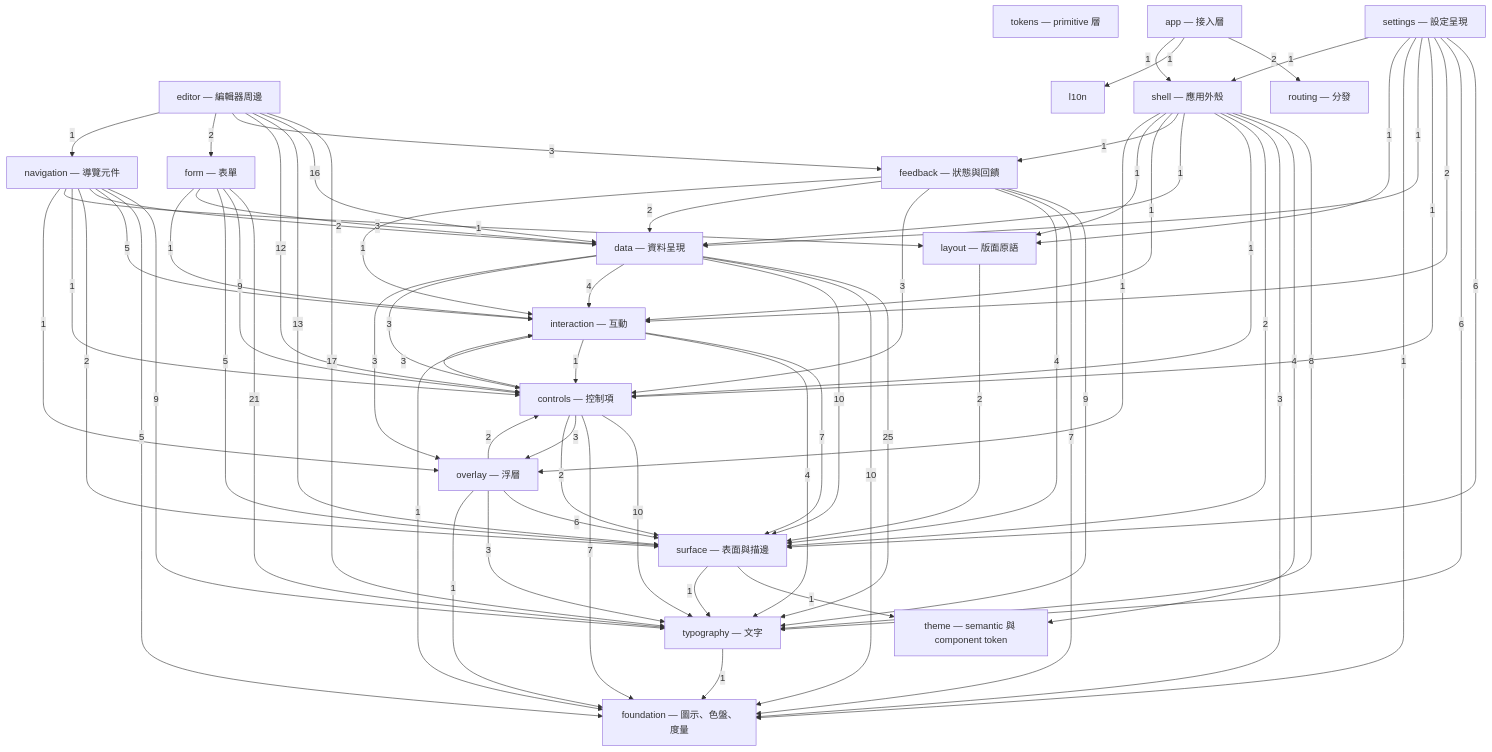
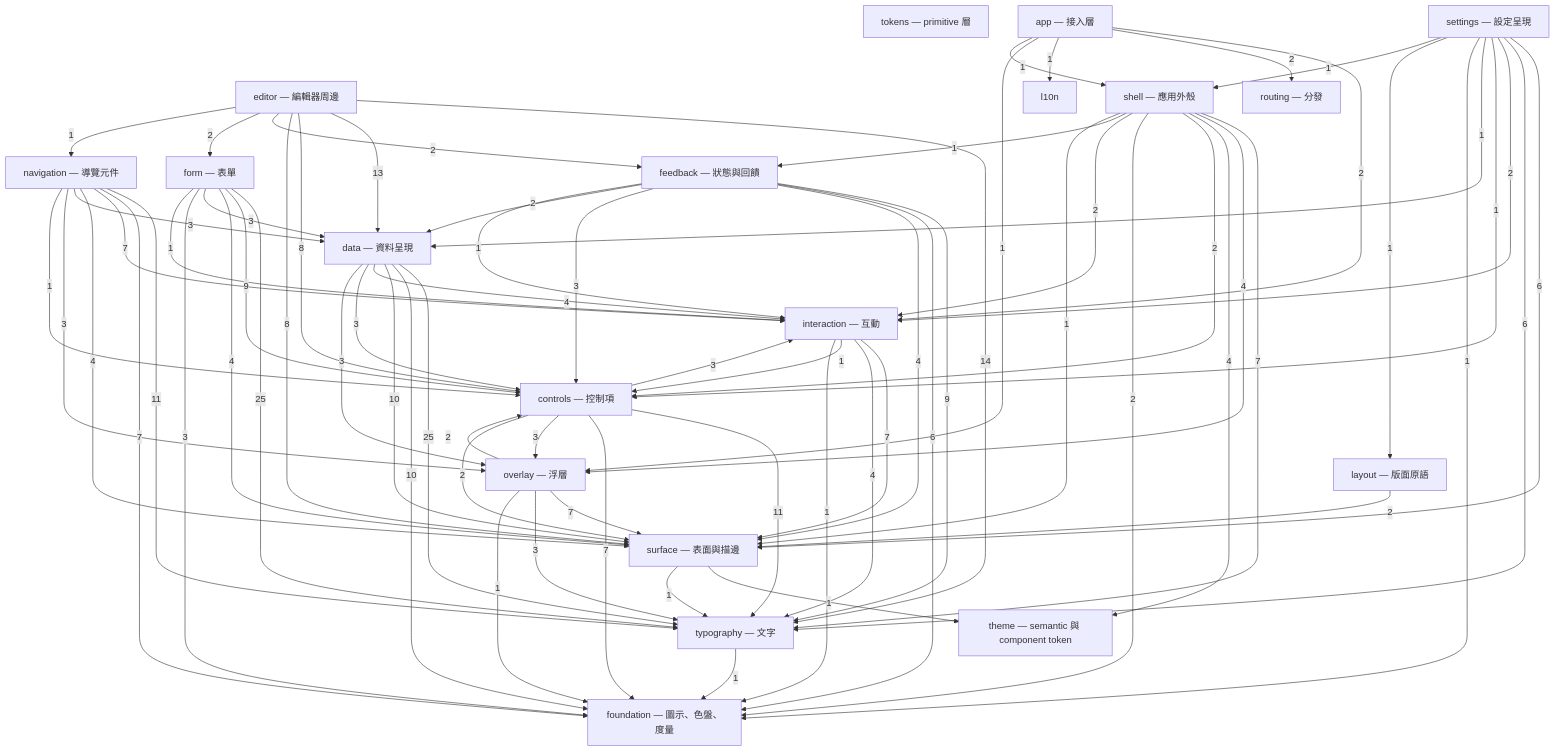
The first of 18 diagrams in spec/component-inventory.md (MiuDog/Kallopis), drawn with Mermaid before and after one commit. The commit also changed other lines of this file and 1105 other files, not shown here.

Commit message:
refactor: establish semantic design architecture

```diff
--- a/spec/component-inventory.md
+++ b/spec/component-inventory.md
@@ -36,51 +36,57 @@
   settings["settings — 設定呈現"]
   app["app — 接入層"]
   data -->|25| typography
-  form -->|21| typography
-  editor -->|17| typography
-  editor -->|16| data
-  editor -->|13| surface
-  editor -->|12| controls
-  controls -->|10| typography
+  form -->|25| typography
+  editor -->|14| typography
+  editor -->|13| data
+  controls -->|11| typography
+  navigation -->|11| typography
   data -->|10| foundation
   data -->|10| surface
   feedback -->|9| typography
   form -->|9| controls
-  navigation -->|9| typography
-  shell -->|8| typography
+  editor -->|8| controls
+  editor -->|8| surface
   controls -->|7| foundation
-  feedback -->|7| foundation
   interaction -->|7| surface
-  overlay -->|6| surface
+  navigation -->|7| foundation
+  navigation -->|7| interaction
+  overlay -->|7| surface
+  shell -->|7| typography
+  feedback -->|6| foundation
   settings -->|6| surface
   settings -->|6| typography
-  form -->|5| surface
-  navigation -->|5| foundation
-  navigation -->|5| interaction
   data -->|4| interaction
   feedback -->|4| surface
+  form -->|4| surface
   interaction -->|4| typography
+  navigation -->|4| surface
+  shell -->|4| overlay
   shell -->|4| theme
   controls -->|3| interaction
   controls -->|3| overlay
   data -->|3| controls
   data -->|3| overlay
-  editor -->|3| feedback
   feedback -->|3| controls
   form -->|3| data
+  form -->|3| foundation
+  navigation -->|3| data
+  navigation -->|3| overlay
   overlay -->|3| typography
-  shell -->|3| foundation
+  app -->|2| interaction
   app -->|2| routing
   controls -->|2| surface
+  editor -->|2| feedback
   editor -->|2| form
   feedback -->|2| data
   layout -->|2| surface
-  navigation -->|2| data
-  navigation -->|2| surface
   overlay -->|2| controls
   settings -->|2| interaction
-  shell -->|2| surface
+  shell -->|2| controls
+  shell -->|2| foundation
+  shell -->|2| interaction
   app -->|1| l10n
+  app -->|1| overlay
   app -->|1| shell
   editor -->|1| navigation
   feedback -->|1| interaction
@@ -88,20 +94,14 @@
   interaction -->|1| controls
   interaction -->|1| foundation
   navigation -->|1| controls
-  navigation -->|1| layout
-  navigation -->|1| overlay
   overlay -->|1| foundation
   settings -->|1| controls
   settings -->|1| data
   settings -->|1| foundation
   settings -->|1| layout
   settings -->|1| shell
-  shell -->|1| controls
-  shell -->|1| data
   shell -->|1| feedback
-  shell -->|1| interaction
-  shell -->|1| layout
-  shell -->|1| overlay
+  shell -->|1| surface
   surface -->|1| theme
   surface -->|1| typography
   typography -->|1| foundation
```
